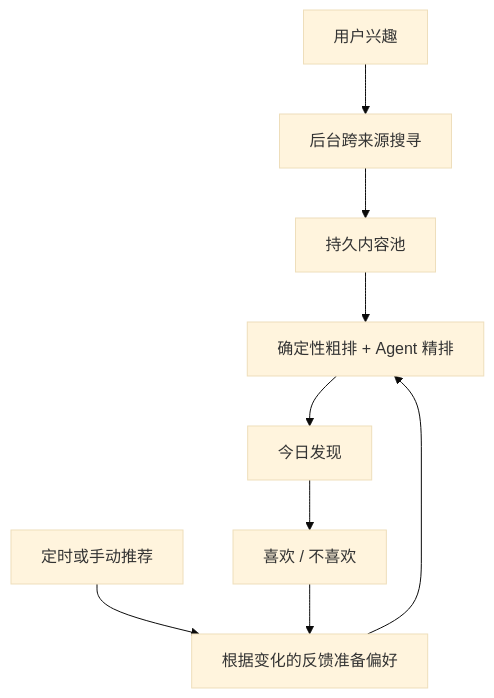
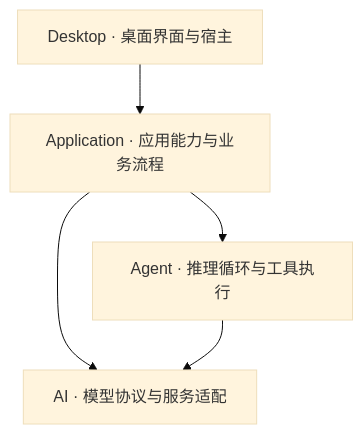
The diagram in README.zh-CN.md (anwen0724/megumi), drawn with Mermaid (base theme) before and after one commit. The commit also changed other lines of this file and 1 other file, not shown here.

````diff
--- a/README.zh-CN.md
+++ b/README.zh-CN.md
@@ -40,11 +86,7 @@
 ```mermaid
 flowchart TD
-    I["用户兴趣"] --> S["后台跨来源搜寻"]
-    S --> P["持久内容池"]
-    T["定时或手动推荐"] --> L["根据变化的反馈准备偏好"]
-    F["喜欢 / 不喜欢"] --> L
-    L --> R["确定性粗排 + Agent 精排"]
-    P --> R
-    R --> D["今日发现"]
-    D --> F
+    Desktop["Desktop · 桌面界面与宿主"] --> Application["Application · 应用能力与业务流程"]
+    Application --> Agent["Agent · 推理循环与工具执行"]
+    Application --> AI["AI · 模型协议与服务适配"]
+    Agent --> AI
 ```
````
